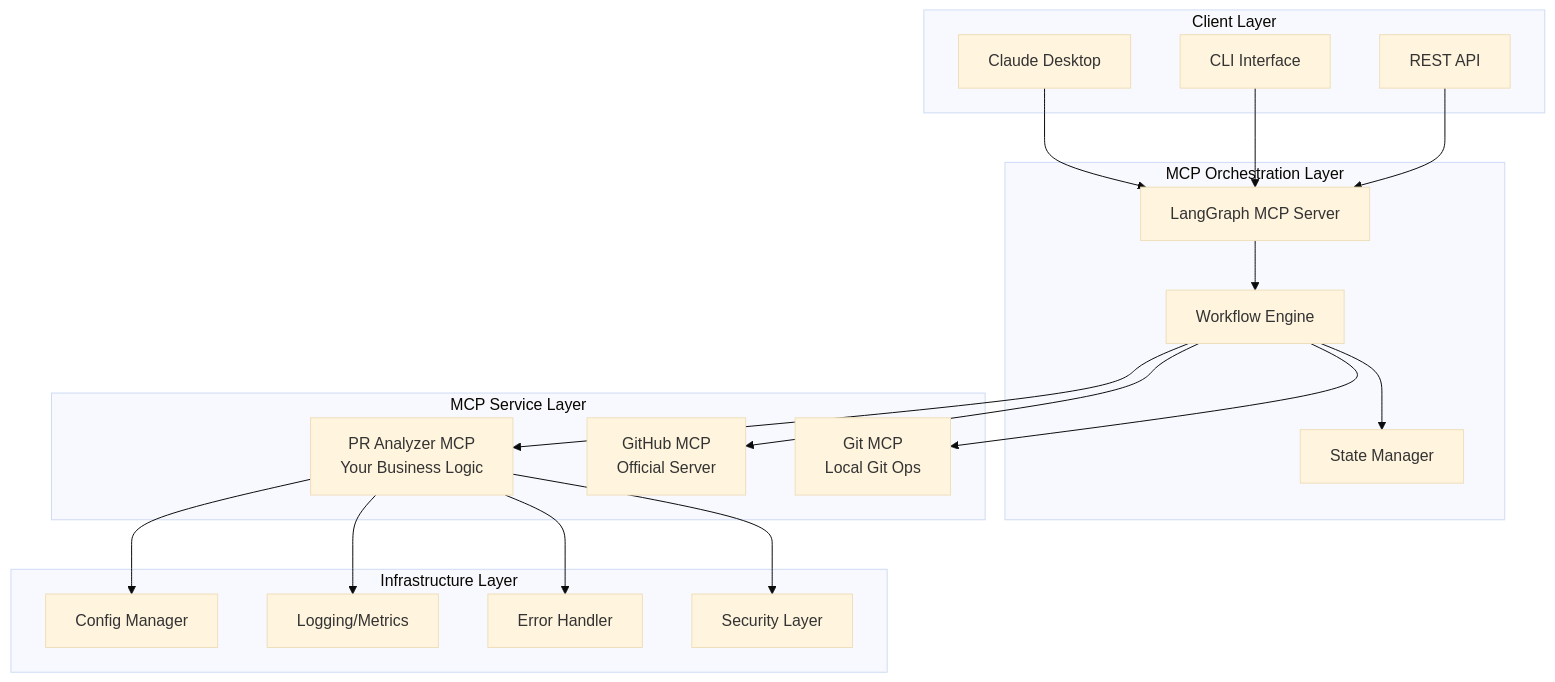
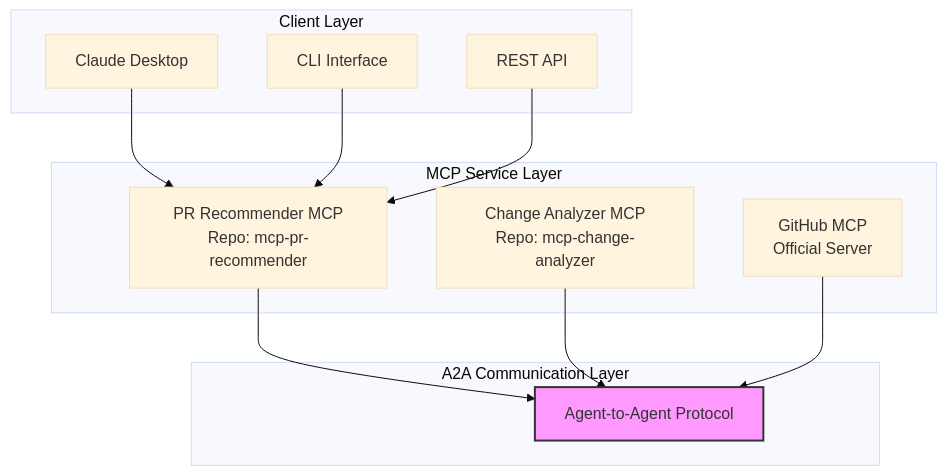
The first of 2 diagrams in mcp_migration/analysis/implementation_plan.md (manavgup/pr-generator), drawn with Mermaid (base theme) before and after one commit. The commit also changed other lines of this file, not shown here.

````diff
--- a/mcp_migration/analysis/implementation_plan.md
+++ b/mcp_migration/analysis/implementation_plan.md
@@ -5,43 +5,28 @@
 ```mermaid
 graph TB
     subgraph "Client Layer"
         CD[Claude Desktop]
         CLI[CLI Interface]
         API[REST API]
     end
     
-    subgraph "MCP Orchestration Layer"
-        LG[LangGraph MCP Server]
-        WF[Workflow Engine]
-        ST[State Manager]
+    subgraph "A2A Communication Layer"
+        A2A[Agent-to-Agent Protocol]
     end
     
     subgraph "MCP Service Layer"
-        PRA[PR Analyzer MCP<br/>Your Business Logic]
+        GA[Change Analyzer MCP<br/>Repo: mcp-change-analyzer]
+        PR[PR Recommender MCP<br/>Repo: mcp-pr-recommender]
         GH[GitHub MCP<br/>Official Server]
-        GT[Git MCP<br/>Local Git Ops]
     end
     
-    subgraph "Infrastructure Layer"
-        CFG[Config Manager]
-        LOG[Logging/Metrics]
-        ERR[Error Handler]
-        SEC[Security Layer]
-    end
+    CD --> PR
+    CLI --> PR
+    API --> PR
     
-    CD --> LG
-    CLI --> LG
-    API --> LG
+    PR --> A2A
+    GA --> A2A
+    GH --> A2A
     
-    LG --> WF
-    WF --> ST
-    
-    WF --> PRA
-    WF --> GH
-    WF --> GT
-    
-    PRA --> CFG
-    PRA --> LOG
-    PRA --> ERR
-    PRA --> SEC
+    style A2A fill:#f9f,stroke:#333,stroke-width:2px
 ```
````
